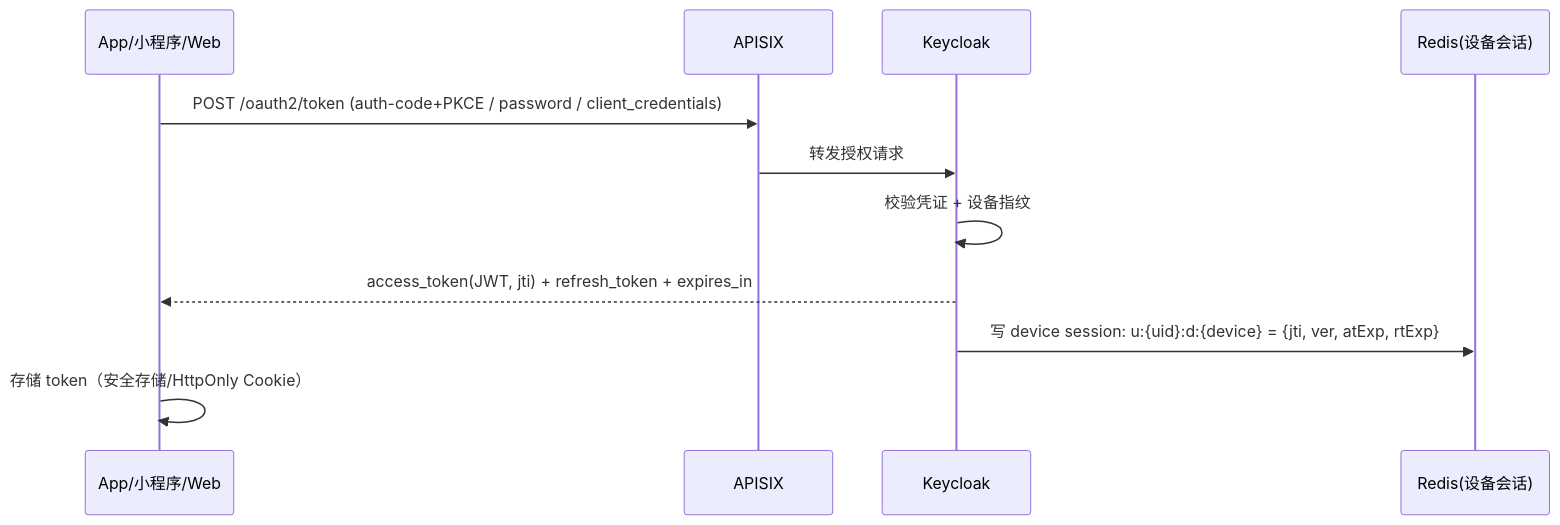
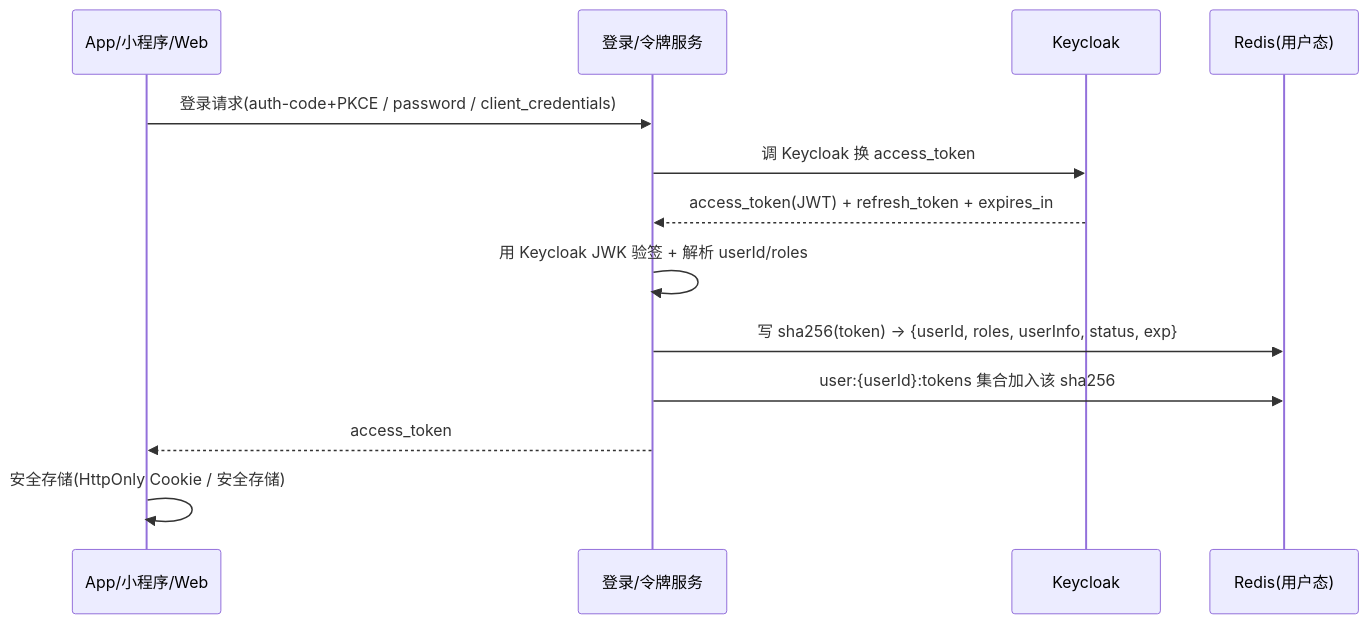
One commit to BigbearO/my-biz changed the third of 5 diagrams in java/xxs-micro/doc/架构.md. Above: the diagram before and after it, drawn with Mermaid. The commit also changed other lines of this file and 5 other files, not shown here.

````diff
--- a/java/xxs-micro/doc/架构.md
+++ b/java/xxs-micro/doc/架构.md
@@ -192,13 +350,15 @@
 ```mermaid
 sequenceDiagram
     participant App as App/小程序/Web
-    participant GW as APISIX
+    participant LS as 登录/令牌服务
     participant KC as Keycloak
-    participant R as Redis(设备会话)
-    App->>GW: POST /oauth2/token (auth-code+PKCE / password / client_credentials)
-    GW->>KC: 转发授权请求
-    KC->>KC: 校验凭证 + 设备指纹
-    KC-->>App: access_token(JWT, jti) + refresh_token + expires_in
-    KC->>R: 写 device session: u:{uid}:d:{device} = {jti, ver, atExp, rtExp}
-    App->>App: 存储 token（安全存储/HttpOnly Cookie）
+    participant R as Redis(用户态)
+    App->>LS: 登录请求(auth-code+PKCE / password / client_credentials)
+    LS->>KC: 调 Keycloak 换 access_token
+    KC-->>LS: access_token(JWT) + refresh_token + expires_in
+    LS->>LS: 用 Keycloak JWK 验签 + 解析 userId/roles
+    LS->>R: 写 sha256(token) → {userId, roles, userInfo, status, exp}
+    LS->>R: user:{userId}:tokens 集合加入该 sha256
+    LS-->>App: access_token
+    App->>App: 安全存储(HttpOnly Cookie / 安全存储)
 ```
````
